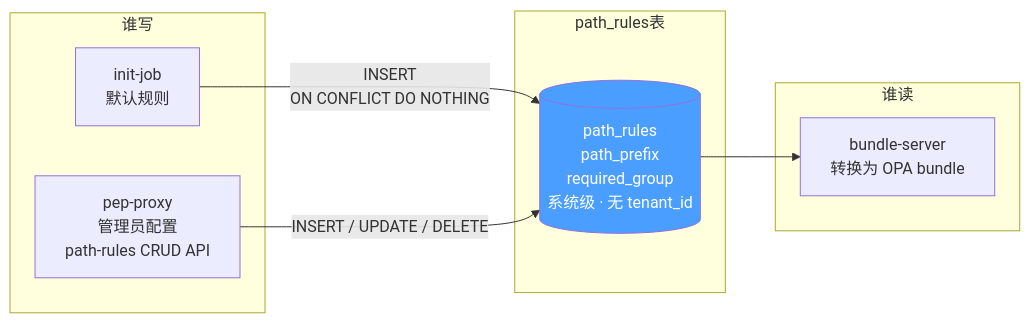
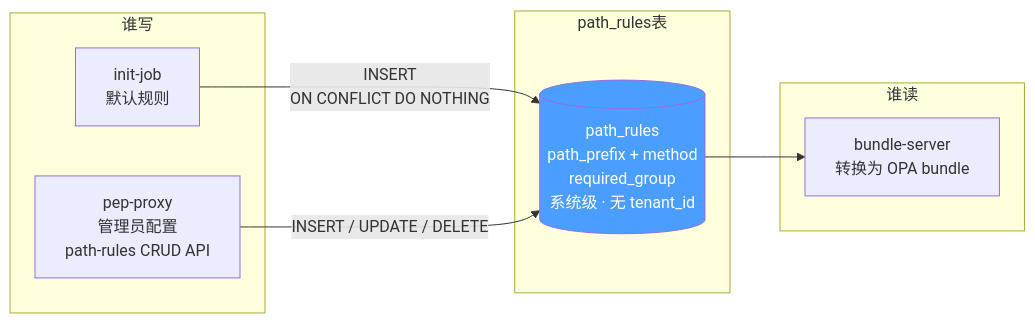
One commit to xiewanchao/aidp-iam changed the third of 11 diagrams in diagrams/data-storage.md. Above: the diagram before and after it, drawn with Mermaid. The commit also changed other lines of this file and 8 other files, not shown here.

First line of the commit message:
feat: add method-level authorization to path_rules

````diff
--- a/diagrams/data-storage.md
+++ b/diagrams/data-storage.md
@@ -267,21 +269,21 @@
 ```mermaid
 flowchart LR
     subgraph 谁写
         INIT[init-job<br/>默认规则]
         PEP_W[pep-proxy<br/>管理员配置<br/>path-rules CRUD API]
     end
 
     subgraph path_rules表
-        PR[(path_rules<br/>path_prefix<br/>required_group<br/>系统级 · 无 tenant_id)]
+        PR[(path_rules<br/>path_prefix + method<br/>required_group<br/>系统级 · 无 tenant_id)]
     end
 
     subgraph 谁读
         BS[bundle-server<br/>转换为 OPA bundle]
     end
 
     INIT -->|INSERT<br/>ON CONFLICT DO NOTHING| PR
     PEP_W -->|INSERT / UPDATE / DELETE| PR
     PR --> BS
 
     style PR fill:#4a9eff,color:#fff
 ```
````
